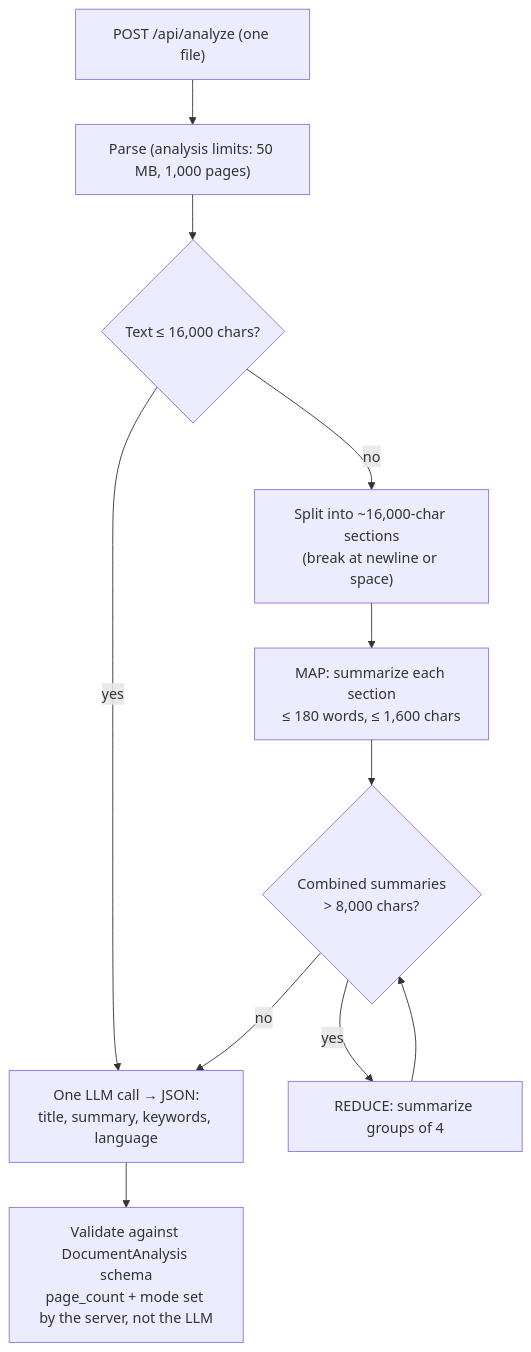
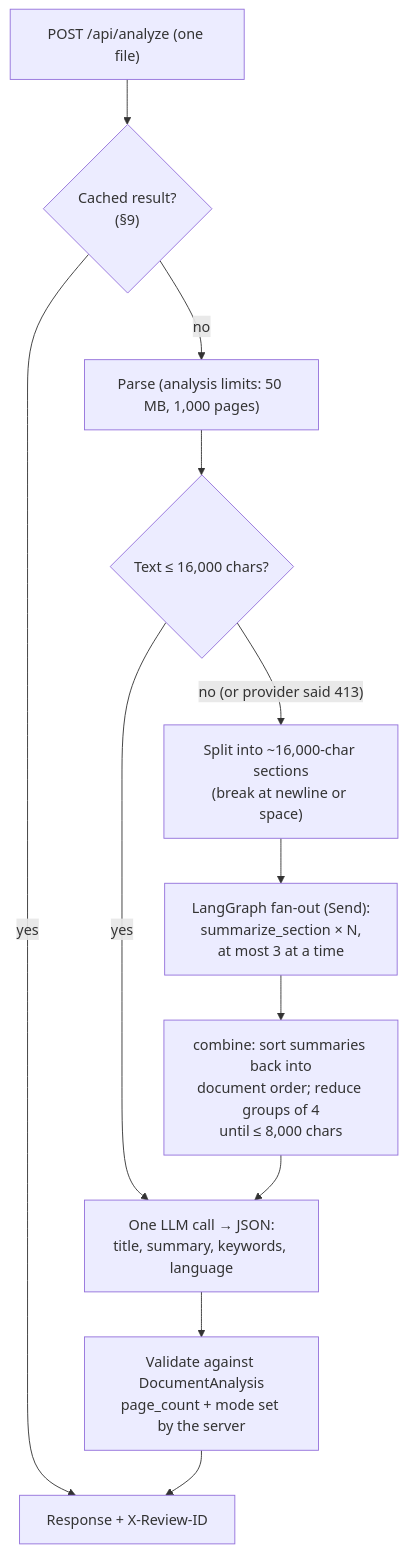
One commit to mannyiyer380/proj-01-enterprise-document-intelligence-system changed the eighth of 13 diagrams in docs/ARCHITECTURE.md. Above: the diagram before and after it, drawn with Mermaid. The commit also changed other lines of this file, not shown here.

Commit message:
Update architecture doc for LangGraph workflows, review, caching and tests

````diff
--- a/docs/ARCHITECTURE.md
+++ b/docs/ARCHITECTURE.md
@@ -365,12 +419,14 @@
 ```mermaid
 flowchart TD
-    A["POST /api/analyze (one file)"] --> B["Parse (analysis limits: 50 MB, 1,000 pages)"]
+    A["POST /api/analyze (one file)"] --> K{"Cached result?<br/>(§9)"}
+    K -- yes --> OUT
+    K -- no --> B["Parse (analysis limits: 50 MB, 1,000 pages)"]
     B --> C{"Text ≤ 16,000 chars?"}
     C -- yes --> F["One LLM call → JSON:<br/>title, summary, keywords, language"]
-    C -- no --> S["Split into ~16,000-char sections<br/>(break at newline or space)"]
-    S --> M["MAP: summarize each section<br/>≤ 180 words, ≤ 1,600 chars"]
-    M --> R{"Combined summaries<br/>> 8,000 chars?"}
-    R -- yes --> G["REDUCE: summarize groups of 4"] --> R
-    R -- no --> F
-    F --> V["Validate against DocumentAnalysis schema<br/>page_count + mode set by the server, not the LLM"]
+    C -- "no (or provider said 413)" --> S["Split into ~16,000-char sections<br/>(break at newline or space)"]
+    S --> G["LangGraph fan-out (Send):<br/>summarize_section × N,<br/>at most 3 at a time"]
+    G --> CO["combine: sort summaries back into<br/>document order; reduce groups of 4<br/>until ≤ 8,000 chars"]
+    CO --> F
+    F --> V["Validate against DocumentAnalysis<br/>page_count + mode set by the server"]
+    V --> OUT["Response + X-Review-ID"]
 ```
````
